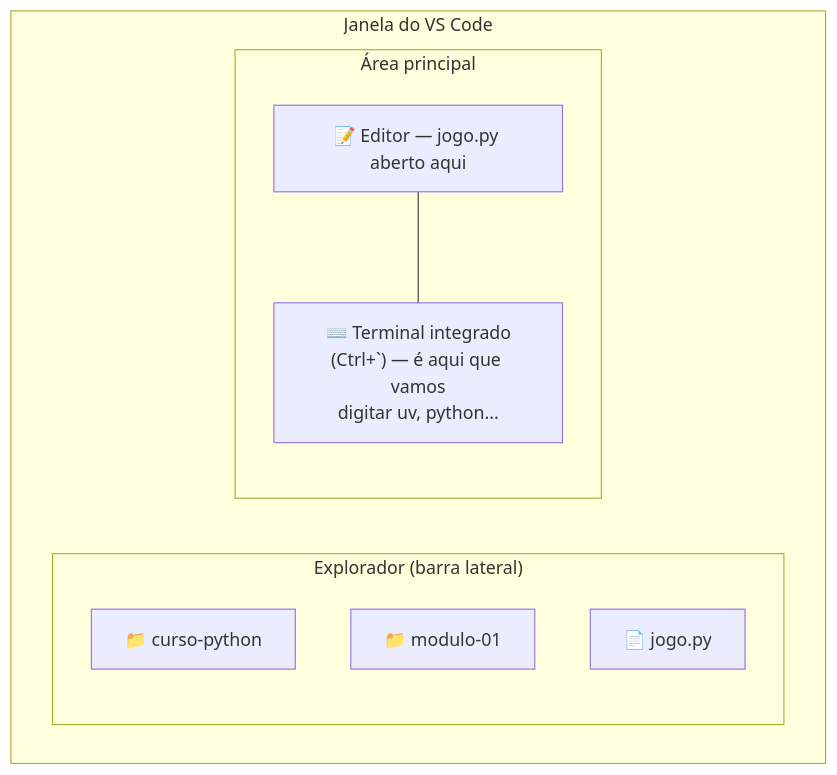
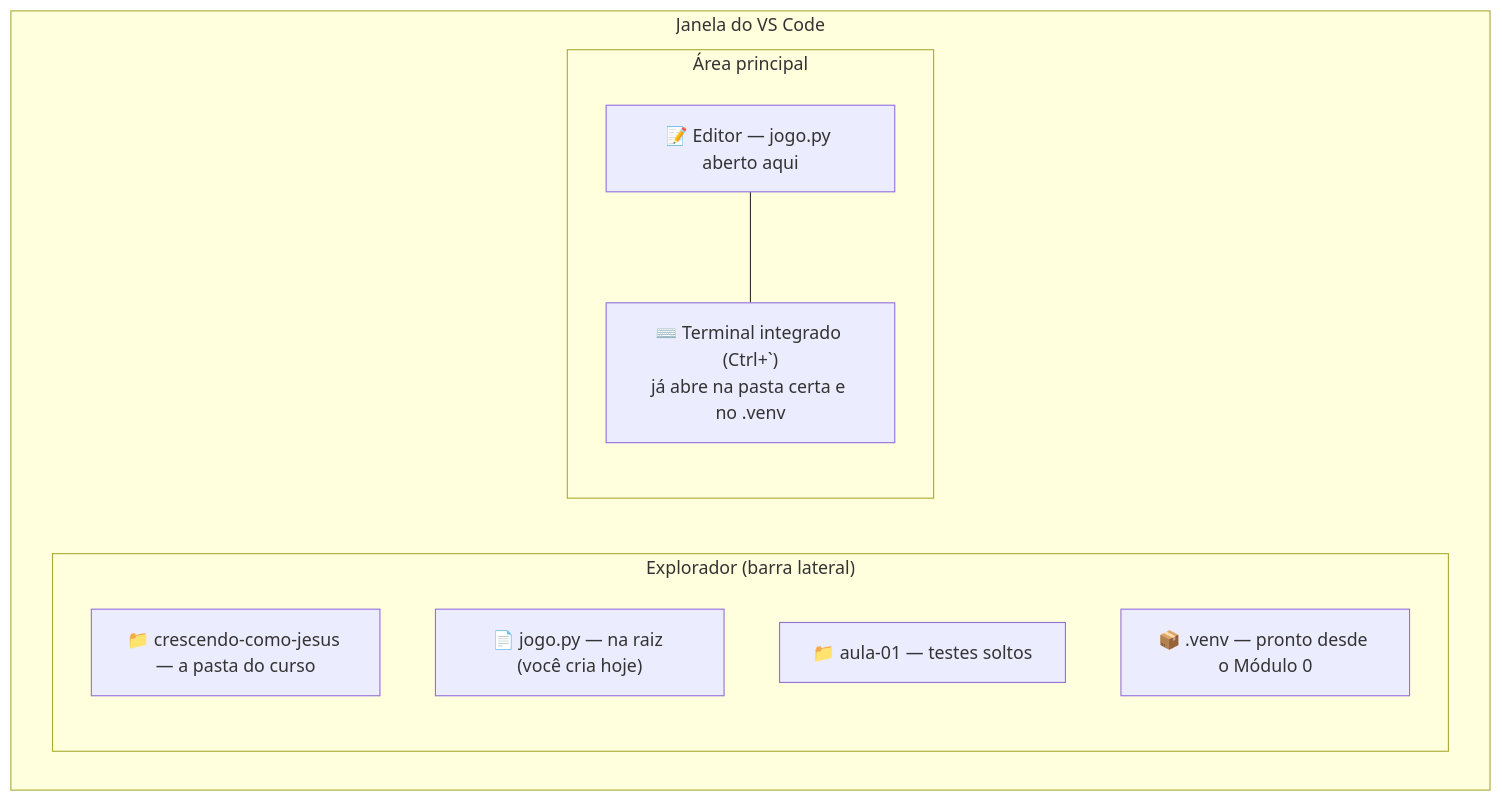
One commit to frzanini/cursopythonkids changed the diagram in docs/modulo-01-conhecendo-a-programacao/material-aluno.md. Above: the diagram before and after it, drawn with Mermaid. The commit also changed other lines of this file and 2 other files, not shown here.

First line of the commit message:
Modulo 1: remove preparacao de ambiente (agora Modulo 0) e reescreve didatico

````diff
--- a/docs/modulo-01-conhecendo-a-programacao/material-aluno.md
+++ b/docs/modulo-01-conhecendo-a-programacao/material-aluno.md
@@ -46,18 +68,19 @@
 ```mermaid
 flowchart TB
     subgraph VSCode["Janela do VS Code"]
         direction LR
         subgraph Sidebar["Explorador (barra lateral)"]
             direction TB
-            f1["📁 curso-python"]
-            f2["📁 modulo-01"]
-            f3["📄 jogo.py"]
+            f1["📁 crescendo-como-jesus — a pasta do curso"]
+            f2["📄 jogo.py — na raiz (você cria hoje)"]
+            f3["📁 aula-01 — testes soltos"]
+            f4["📦 .venv — pronto desde o Módulo 0"]
         end
         subgraph Main["Área principal"]
             direction TB
             editor["📝 Editor — jogo.py aberto aqui"]
-            terminal["⌨️ Terminal integrado<br/>(Ctrl+ˋ) — é aqui que vamos<br/>digitar uv, python..."]
+            terminal["⌨️ Terminal integrado (Ctrl+ˋ)<br/>já abre na pasta certa e no .venv"]
             editor --- terminal
         end
     end
 ```
````
